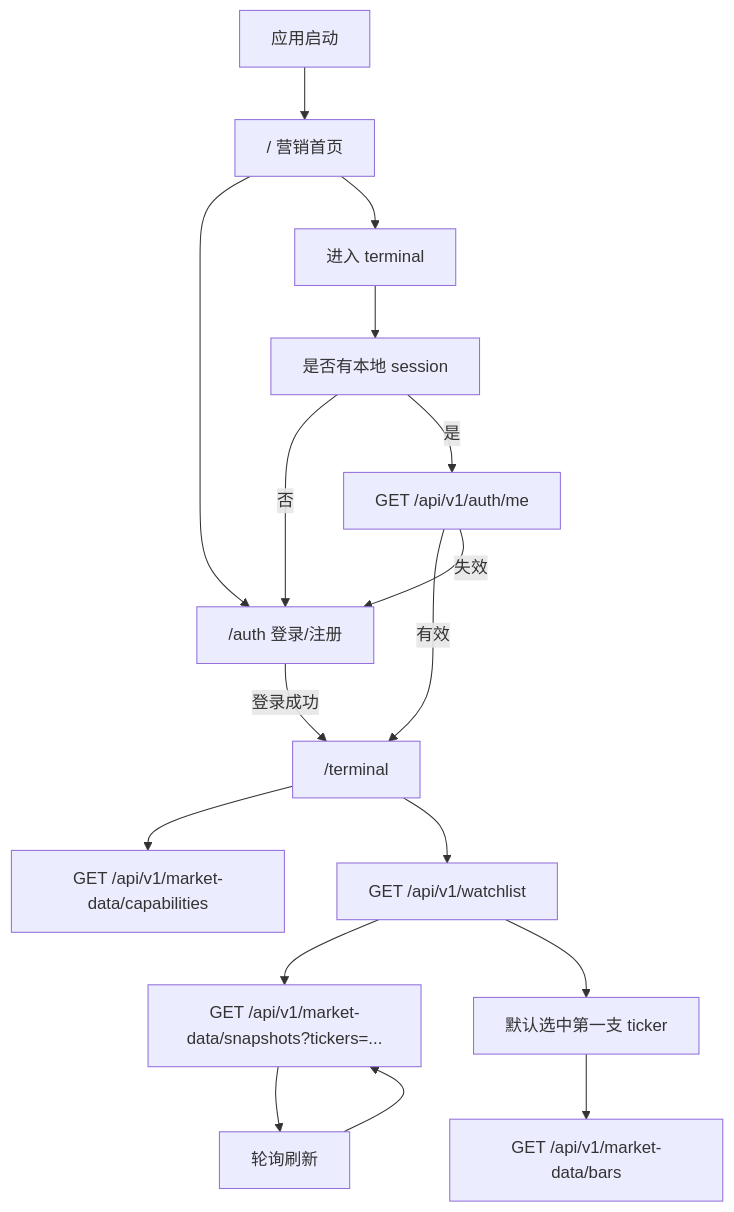
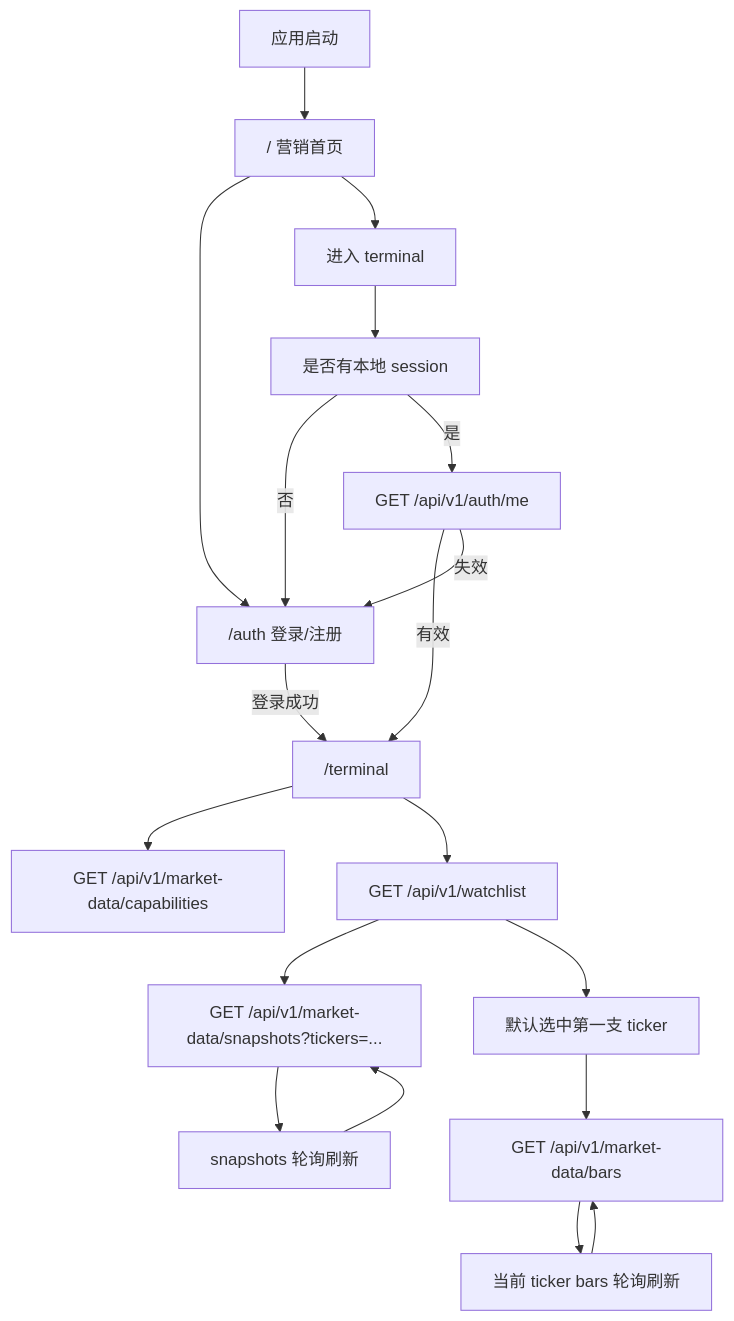
Before and after one commit to MZBADcoder/mz-trader: the first of 6 diagrams in docs/frontend-evolution/FE-0001-market-watch-terminal-design.md, drawn with Mermaid. The commit also changed other lines of this file and 4 other files, not shown here.

````diff
--- a/docs/frontend-evolution/FE-0001-market-watch-terminal-design.md
+++ b/docs/frontend-evolution/FE-0001-market-watch-terminal-design.md
@@ -55,20 +55,22 @@
 ```mermaid
 flowchart TD
   Start["应用启动"] --> Home["/ 营销首页"]
   Home --> Auth["/auth 登录/注册"]
   Home --> TerminalGate["进入 terminal"]
   TerminalGate --> HasToken["是否有本地 session"]
   HasToken -- 否 --> Auth
   HasToken -- 是 --> Me["GET /api/v1/auth/me"]
   Me -- 有效 --> Terminal["/terminal"]
   Me -- 失效 --> Auth
   Auth -- 登录成功 --> Terminal
 
   Terminal --> Caps["GET /api/v1/market-data/capabilities"]
   Terminal --> Watchlist["GET /api/v1/watchlist"]
   Watchlist --> Snapshots["GET /api/v1/market-data/snapshots?tickers=..."]
   Watchlist --> SelectTicker["默认选中第一支 ticker"]
   SelectTicker --> Bars["GET /api/v1/market-data/bars"]
-  Snapshots --> Poll["轮询刷新"]
-  Poll --> Snapshots
+  Snapshots --> SnapshotPoll["snapshots 轮询刷新"]
+  SnapshotPoll --> Snapshots
+  Bars --> BarsPoll["当前 ticker bars 轮询刷新"]
+  BarsPoll --> Bars
 ```
````
